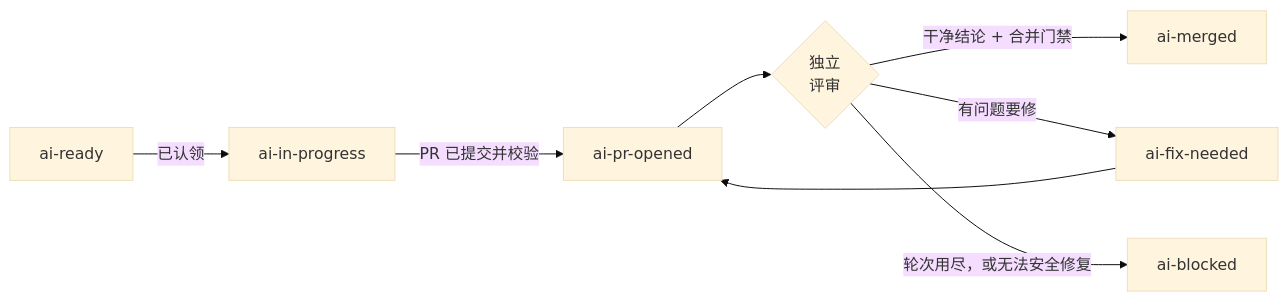
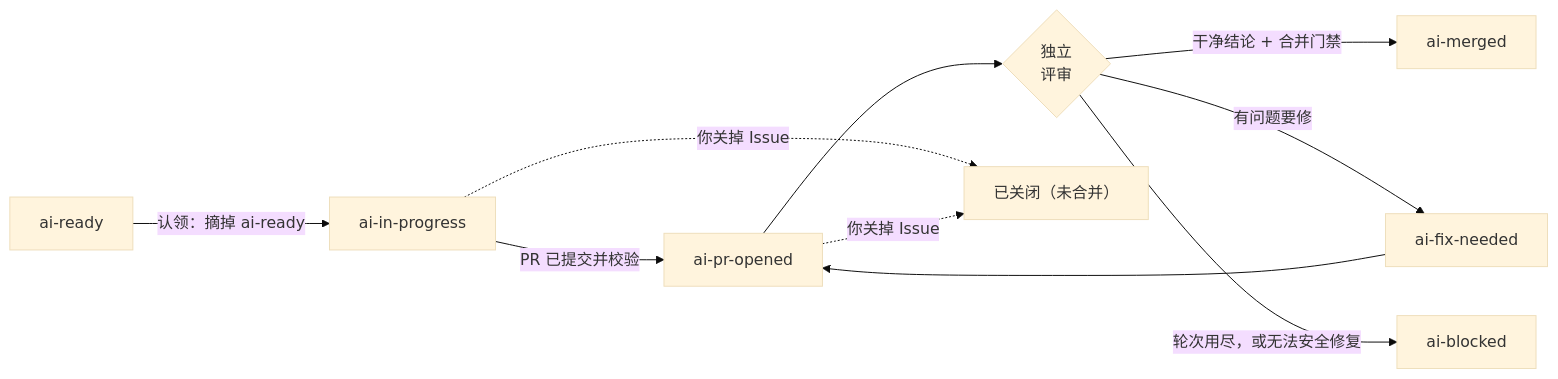
The diagram in zh/delivery-lifecycle.mdx (orbi-build/orbi-cloud-docs), drawn with Mermaid (base theme) before and after one commit. The commit also changed other lines of this file and 1 other file, not shown here.

Commit message:
文档：ai-ready 只表示排队中，认领时摘掉（中英，等 v0.7.54 上生产再合并） (#29)
* 文档：ai-ready 只表示排队中，认领时摘掉（中英，跟随引擎 orbi#2309，待 v0.7.54 上生产后合并）

* 文档：交付生命周期图补上「关掉 Issue」的停下路径（中英）

````diff
--- a/zh/delivery-lifecycle.mdx
+++ b/zh/delivery-lifecycle.mdx
@@ -14,10 +14,12 @@
 ```mermaid
 flowchart LR
-  ready["ai-ready"] -->|已认领| progress["ai-in-progress"]
+  ready["ai-ready"] -->|认领：摘掉 ai-ready| progress["ai-in-progress"]
   progress -->|PR 已提交并校验| opened["ai-pr-opened"]
   opened --> review{"独立<br/>评审"}
   review -->|干净结论 + 合并门禁| merged["ai-merged"]
   review -->|有问题要修| fix["ai-fix-needed"]
   fix --> opened
   review -->|轮次用尽，或无法安全修复| blocked["ai-blocked"]
+  progress -.->|你关掉 Issue| closed["已关闭（未合并）"]
+  opened -.->|你关掉 Issue| closed
 ```
````
